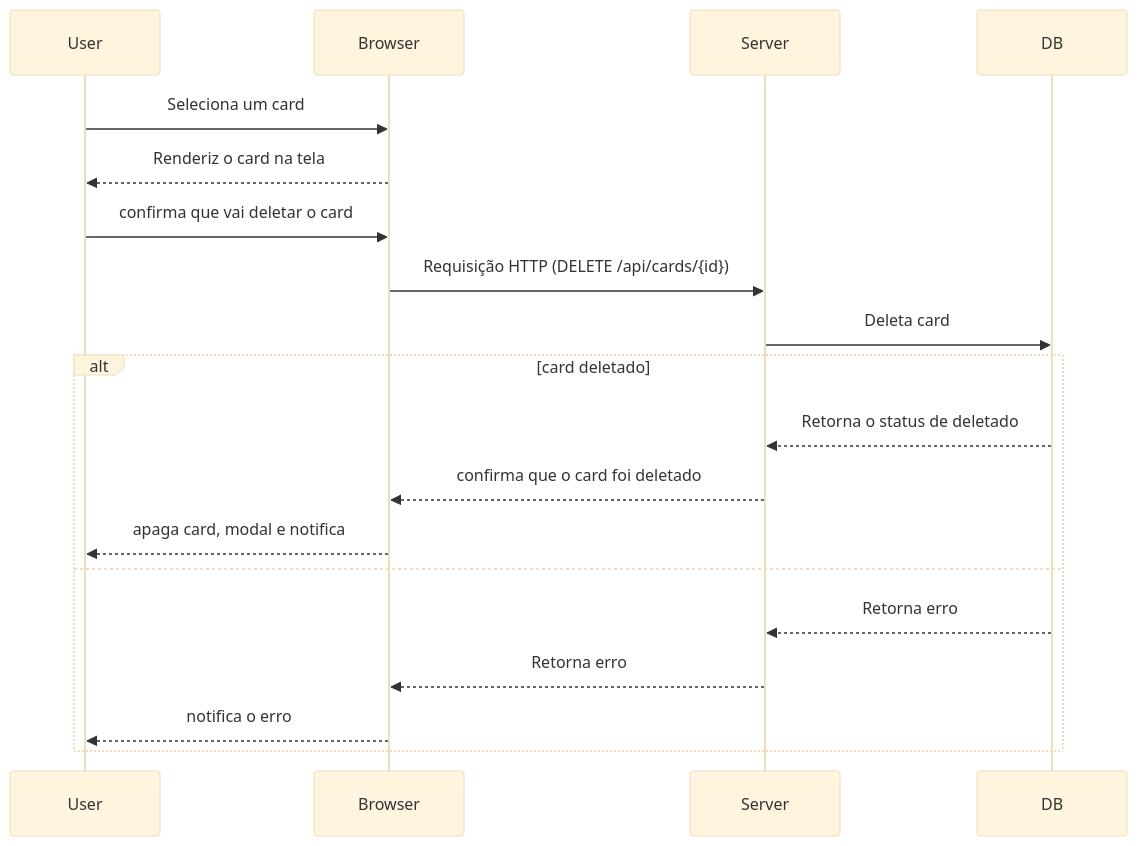
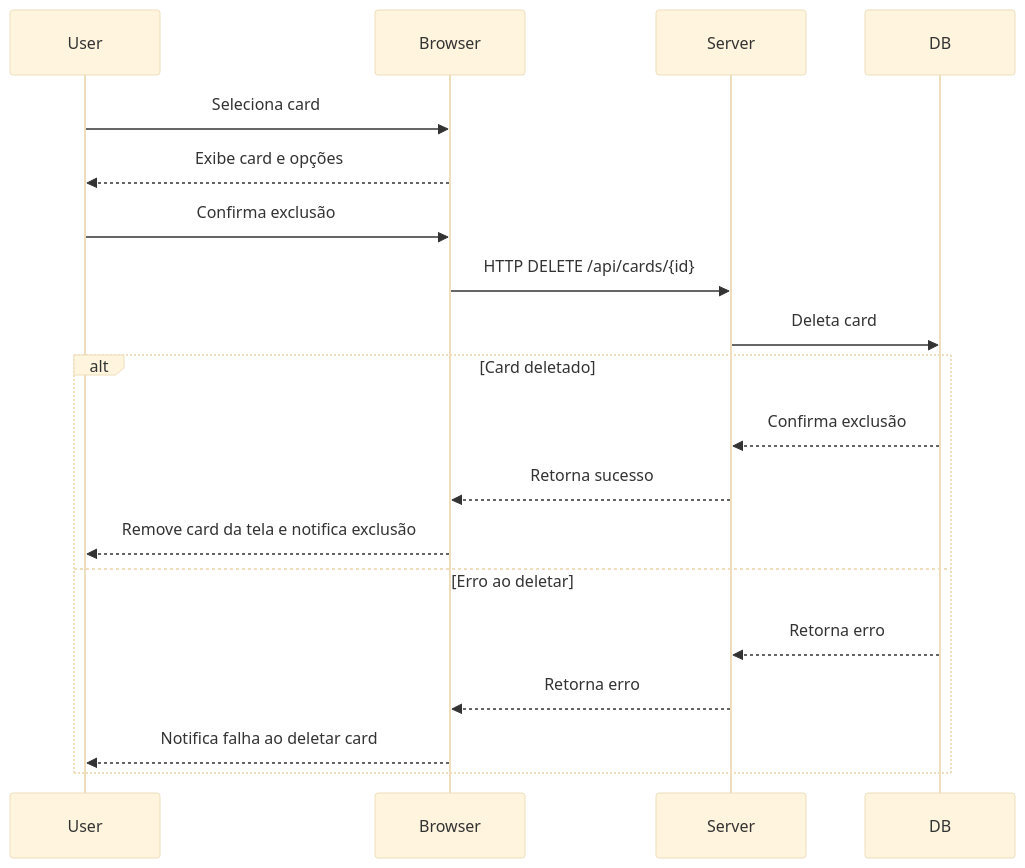
One commit to WallaceBarrosDev/My-Kanban-bord changed the fourth of 5 diagrams in docs/Modelagem-de-requisitos.md. Above: the diagram before and after it, drawn with Mermaid (base theme). The commit also changed other lines of this file and 1 other file, not shown here.

````diff
--- a/docs/Modelagem-de-requisitos.md
+++ b/docs/Modelagem-de-requisitos.md
@@ -77,23 +94,23 @@
 ```mermaid
 sequenceDiagram
 participant User
 participant Browser
 participant Server
 participant DB
 
-User->>Browser: Seleciona um card
-Browser-->>User: Renderiz o card na tela
-User->>Browser: confirma que vai deletar o card 
-Browser->>Server: Requisição HTTP (DELETE /api/cards/{id})
+User->>Browser: Seleciona card
+Browser-->>User: Exibe card e opções
+
+User->>Browser: Confirma exclusão
+Browser->>Server: HTTP DELETE /api/cards/{id}
 Server->>DB: Deleta card
-alt card deletado
-DB-->>Server: Retorna o status de deletado
-Server-->>Browser: confirma que o card foi deletado
-Browser-->>User: apaga card, modal e notifica
-else
+alt Card deletado
+DB-->>Server: Confirma exclusão
+Server-->>Browser: Retorna sucesso
+Browser-->>User: Remove card da tela e notifica exclusão
+else Erro ao deletar
 DB-->>Server: Retorna erro
 Server-->>Browser: Retorna erro
-Browser-->>User: notifica o erro
+Browser-->>User: Notifica falha ao deletar card
 end
-
 ```
````
